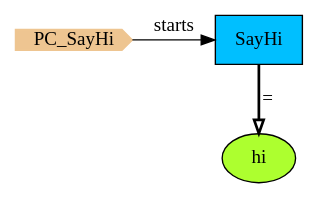
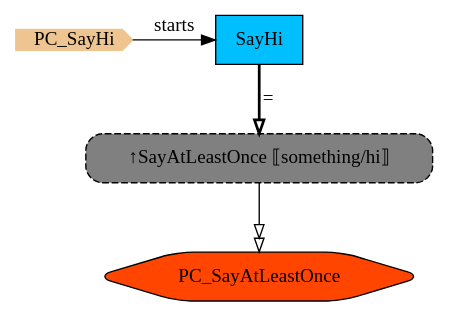
Before and after one commit to namalio/Fragmenta: the diagram in Haskell/PCs/Examples/img/PC_SayHi.gv, drawn with Graphviz. The commit also changed 304 other files, not shown here.

```diff
--- a/Haskell/PCs/Examples/img/PC_SayHi.gv
+++ b/Haskell/PCs/Examples/img/PC_SayHi.gv
@@ -1,11 +1,13 @@
 digraph {
 
 StartN_ [shape = cds,color=burlywood2,style=filled,height=.2,width=.2, label =PC_SayHi];
-hi [shape=ellipse,fillcolor=greenyellow,style = filled,label="hi"];
 SayHi [shape=box,fillcolor=deepskyblue,style = filled,label="SayHi "];
+RefSayAtLeastOnce [shape=rectangle,fillcolor=gray,style="rounded,filled,dashed",label="↑SayAtLeastOnce ⟦something/hi⟧"];
+SayLonceI [shape=hexagon,fillcolor=orangered,style="filled,rounded",label =PC_SayAtLeastOnce];
 
 {rank=same;SayHi,StartN_}
 
-SayHi->hi[arrowhead="onormal",penwidth=2,label="="];
+RefSayAtLeastOnce->SayLonceI[arrowhead="normalnormal",fillcolor=white,label=" "];
+SayHi->RefSayAtLeastOnce[arrowhead="onormal",penwidth=2,label="="];
 StartN_->SayHi[label="starts"];
 }
```
